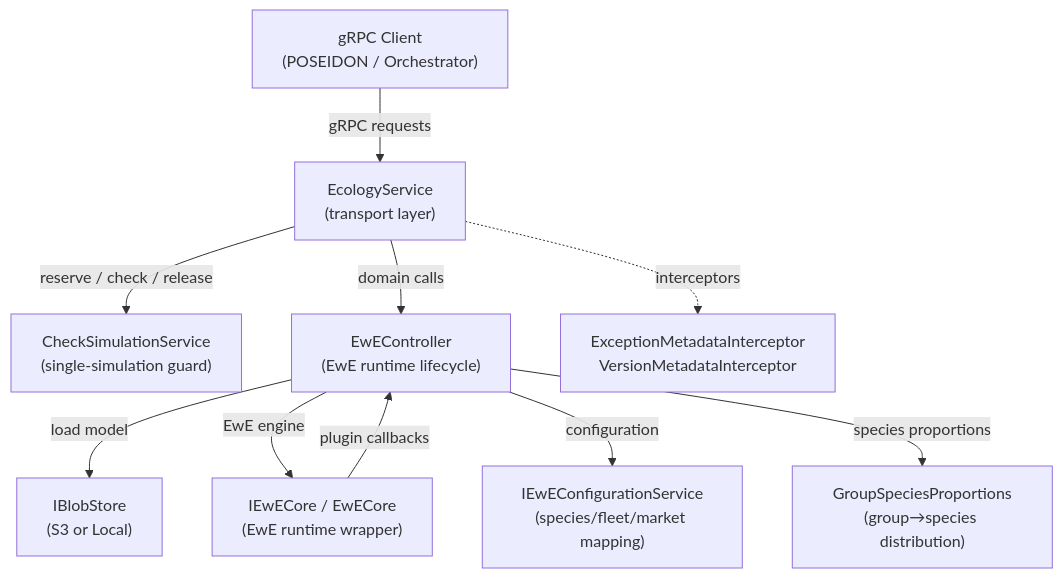
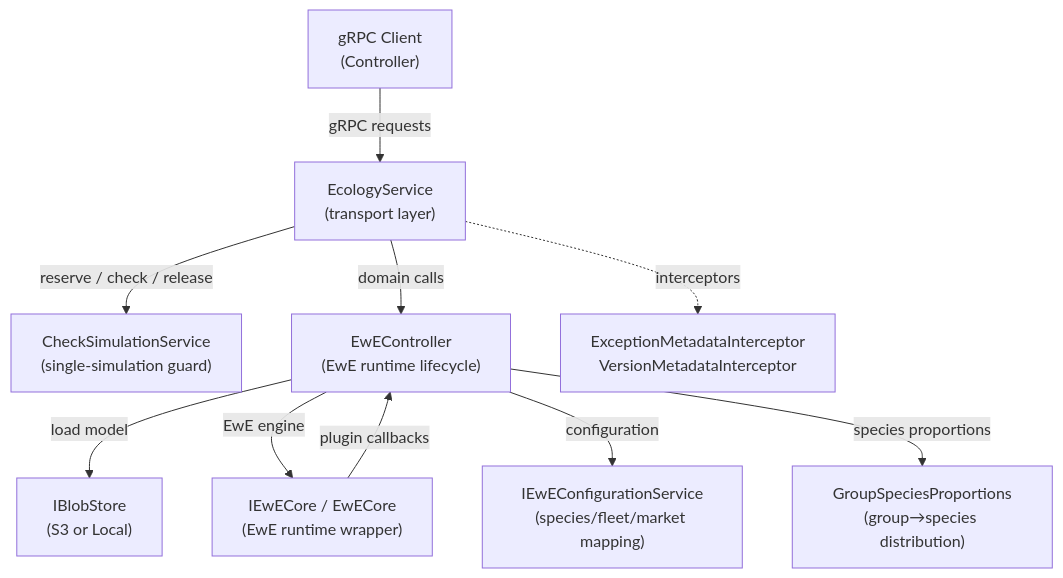
The first of 3 diagrams in EcologyService_architecture.md (SURIMI-Project/SURIMI-Ecopath), drawn with Mermaid before and after one commit. The commit also changed other lines of this file, not shown here.

````diff
--- a/EcologyService_architecture.md
+++ b/EcologyService_architecture.md
@@ -80,12 +112,12 @@
 ```mermaid
 flowchart TD
-    A["gRPC Client\n(POSEIDON / Orchestrator)"] -->|"gRPC requests"| B["EcologyService\n(transport layer)"]
+    A["gRPC Client\n(Controller)"] -->|"gRPC requests"| B["EcologyService\n(transport layer)"]
     B -->|"reserve / check / release"| C["CheckSimulationService\n(single-simulation guard)"]
     B -->|"domain calls"| D["EwEController\n(EwE runtime lifecycle)"]
     D -->|"load model"| E["IBlobStore\n(S3 or Local)"]
     D -->|"EwE engine"| F["IEwECore / EwECore\n(EwE runtime wrapper)"]
     D -->|"configuration"| G["IEwEConfigurationService\n(species/fleet/market mapping)"]
     D -->|"species proportions"| H["GroupSpeciesProportions\n(group→species distribution)"]
     F -->|"plugin callbacks"| D
     B -.->|"interceptors"| I["ExceptionMetadataInterceptor\nVersionMetadataInterceptor"]
 ```
````
